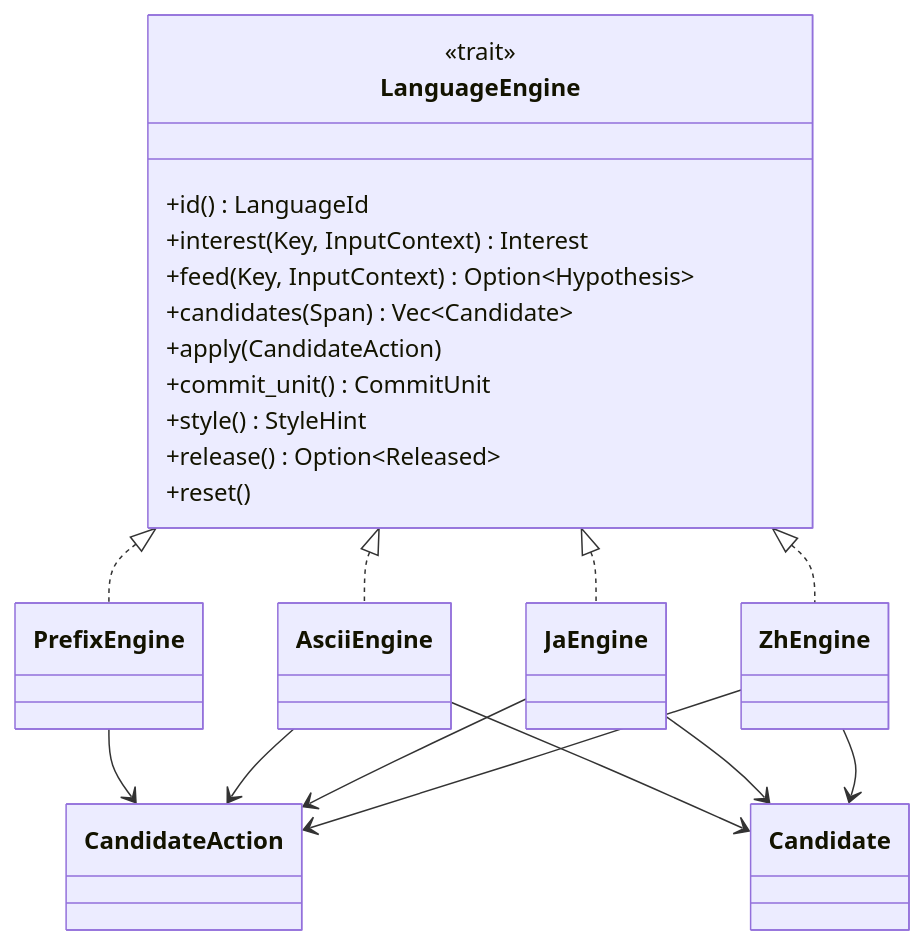
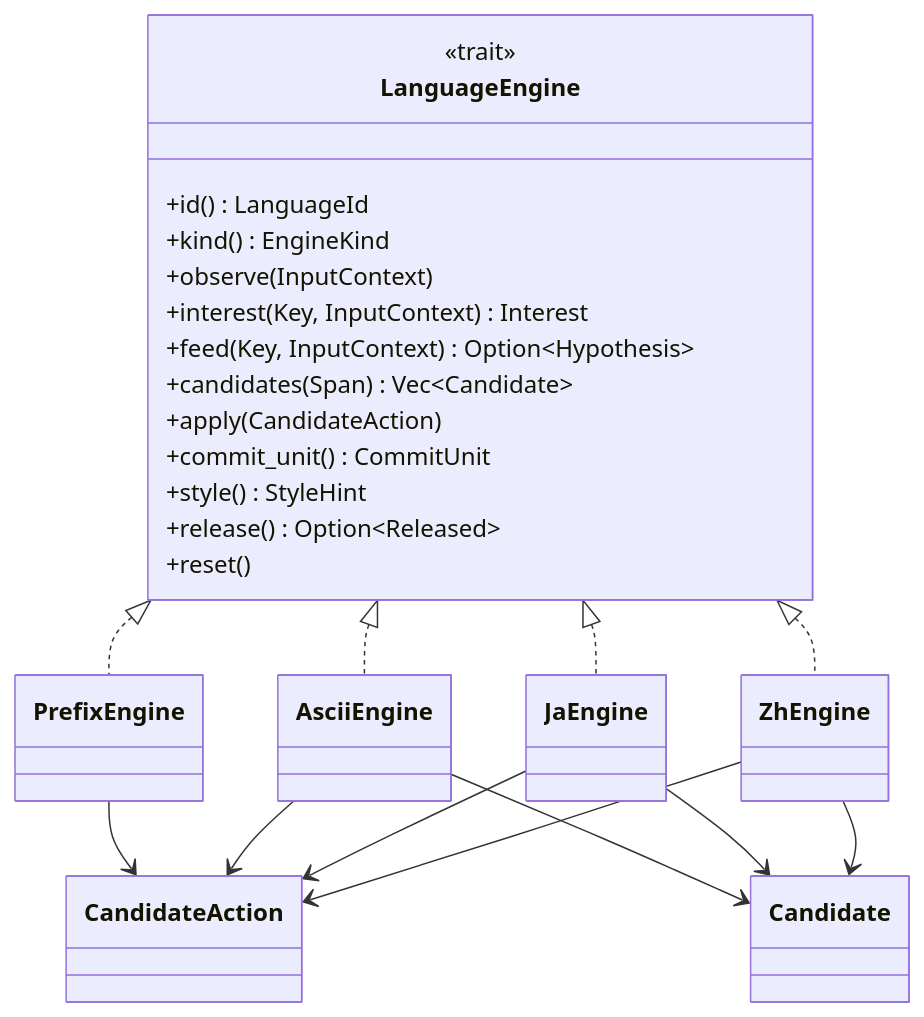
Before and after one commit to jeffpeng3/jc-ime: the first of 3 diagrams in docs/port/language-engines.md, drawn with Mermaid. The commit also changed other lines of this file and 15 other files, not shown here.

````diff
--- a/docs/port/language-engines.md
+++ b/docs/port/language-engines.md
@@ -484,30 +519,32 @@
 ```mermaid
 classDiagram
     class LanguageEngine {
         <<trait>>
         +id() LanguageId
+        +kind() EngineKind
+        +observe(InputContext)
         +interest(Key, InputContext) Interest
         +feed(Key, InputContext) Option~Hypothesis~
         +candidates(Span) Vec~Candidate~
         +apply(CandidateAction)
         +commit_unit() CommitUnit
         +style() StyleHint
         +release() Option~Released~
         +reset()
     }
     class ZhEngine
     class JaEngine
     class AsciiEngine
     class PrefixEngine
     LanguageEngine <|.. ZhEngine
     LanguageEngine <|.. JaEngine
     LanguageEngine <|.. AsciiEngine
     LanguageEngine <|.. PrefixEngine
     ZhEngine --> CandidateAction
     JaEngine --> CandidateAction
     AsciiEngine --> CandidateAction
     PrefixEngine --> CandidateAction
     ZhEngine --> Candidate
     JaEngine --> Candidate
     AsciiEngine --> Candidate
 ```
````
